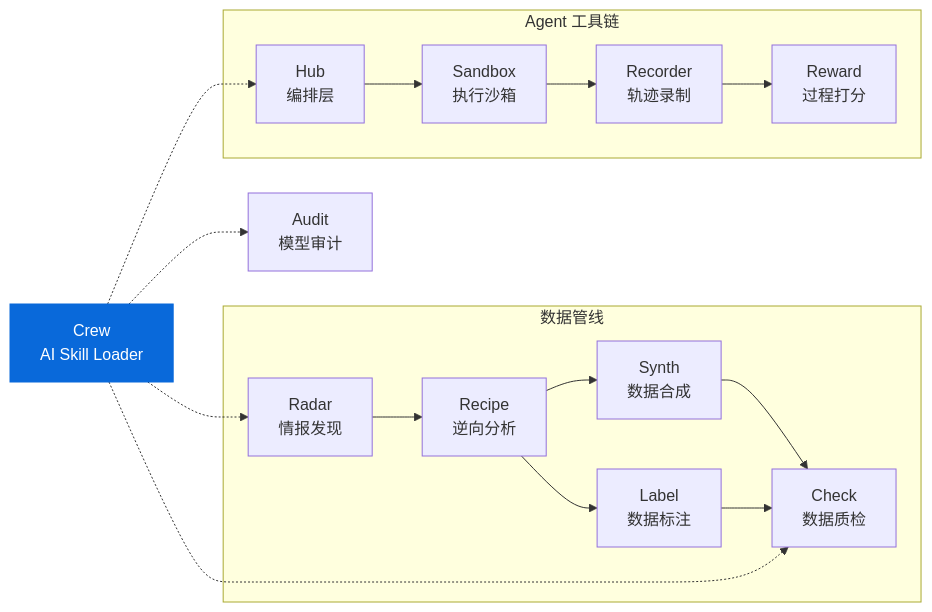
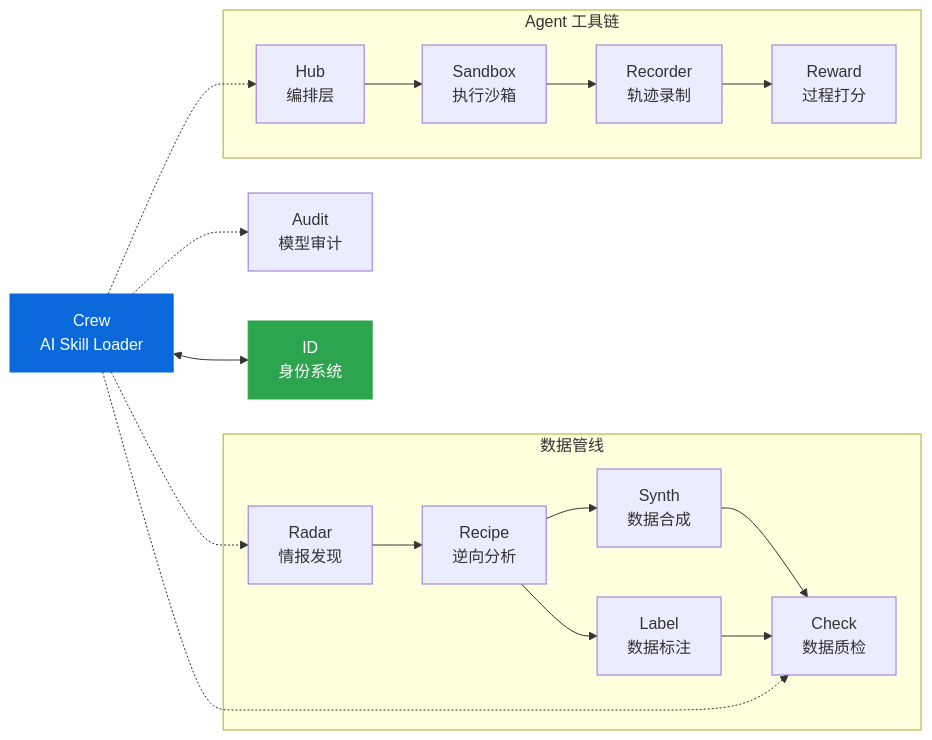
Before and after one commit to liuxiaotong/knowlyr-crew: the diagram in README.md, drawn with Mermaid. The commit also changed other lines of this file and 17 other files, not shown here.

````diff
--- a/README.md
+++ b/README.md
@@ -194,22 +273,25 @@
 ```mermaid
 graph LR
     subgraph 数据管线
         Radar["Radar<br/>情报发现"] --> Recipe["Recipe<br/>逆向分析"]
         Recipe --> Synth["Synth<br/>数据合成"]
         Recipe --> Label["Label<br/>数据标注"]
         Synth --> Check["Check<br/>数据质检"]
         Label --> Check
     end
     Audit["Audit<br/>模型审计"]
     subgraph Agent 工具链
         Hub["Hub<br/>编排层"] --> Sandbox["Sandbox<br/>执行沙箱"]
         Sandbox --> Recorder["Recorder<br/>轨迹录制"]
         Recorder --> Reward["Reward<br/>过程打分"]
     end
     Crew["Crew<br/>AI Skill Loader"]
+    ID["ID<br/>身份系统"]
     Crew -.-> Radar
     Crew -.-> Check
     Crew -.-> Audit
     Crew -.-> Hub
+    Crew <--> ID
     style Crew fill:#0969da,color:#fff,stroke:#0969da
+    style ID fill:#2da44e,color:#fff,stroke:#2da44e
 ```
````
